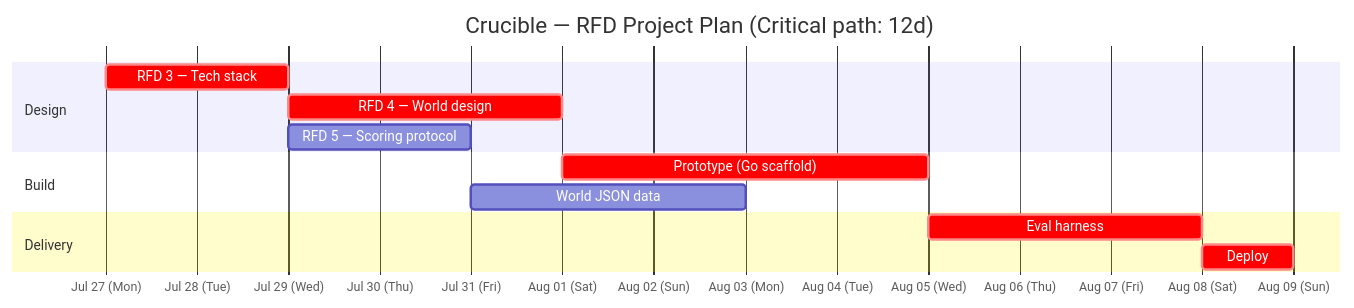
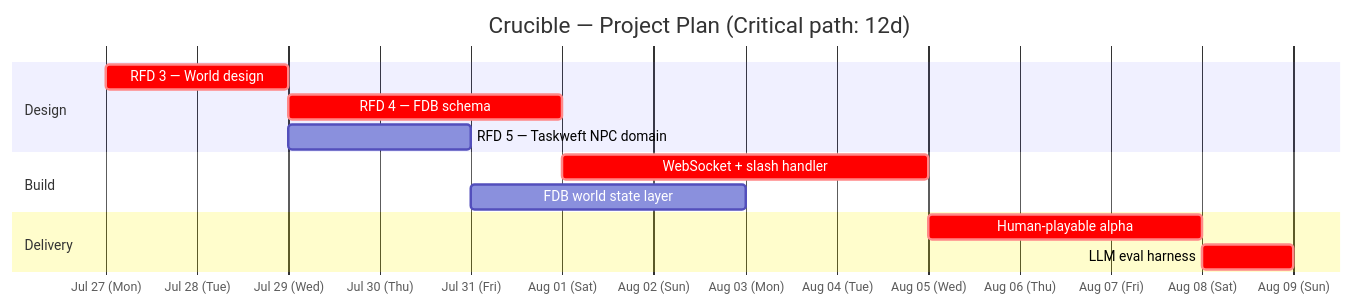
The diagram in PERT_PLAN.md (taskweft/crucible-rfd), drawn with Mermaid before and after one commit. The commit also changed other lines of this file and 2 other files, not shown here.

Commit message:
Update RFD 2 and PERT plan with libh2o + FDB + Taskweft stack

````diff
--- a/PERT_PLAN.md
+++ b/PERT_PLAN.md
@@ -19,19 +15,19 @@
 ```mermaid
 gantt
-    title Crucible — RFD Project Plan  (Critical path: 12d)
+    title Crucible — Project Plan (Critical path: 12d)
     dateFormat  YYYY-MM-DD
     axisFormat  %b %d (%a)
 
     section Design
-    RFD 3 — Tech stack          :crit, rfd3, 2026-07-27, 2d
-    RFD 4 — World design        :crit, rfd4, after rfd3, 3d
-    RFD 5 — Scoring protocol    :rfd5, after rfd3, 2d
+    RFD 3 — World design          :crit, rfd3, 2026-07-27, 2d
+    RFD 4 — FDB schema            :crit, rfd4, after rfd3, 3d
+    RFD 5 — Taskweft NPC domain   :rfd5, after rfd3, 2d
 
     section Build
-    Prototype (Go scaffold)     :crit, proto, after rfd4, 4d
-    World JSON data             :world, after rfd5, 3d
+    WebSocket + slash handler     :crit, ws, after rfd4, 4d
+    FDB world state layer         :world, after rfd5, 3d
 
     section Delivery
-    Eval harness                :crit, harness, after proto, 3d
-    Deploy                      :crit, deploy, after harness, 1d
+    Human-playable alpha          :crit, alpha, after ws, 3d
+    LLM eval harness              :crit, harness, after alpha, 1d
 ```
````
